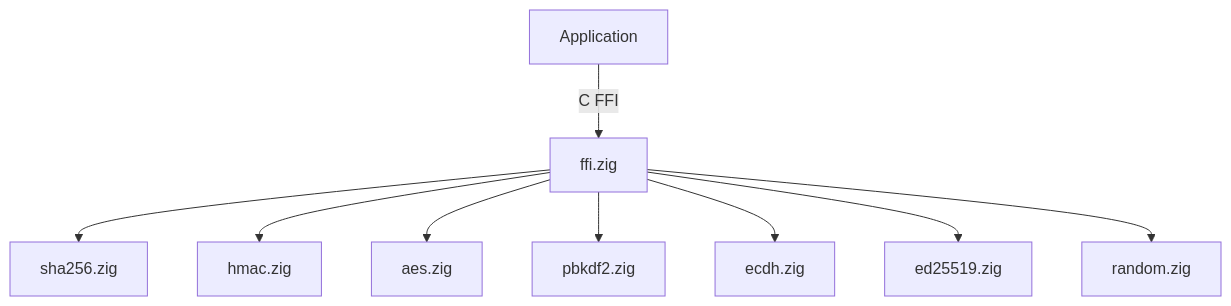
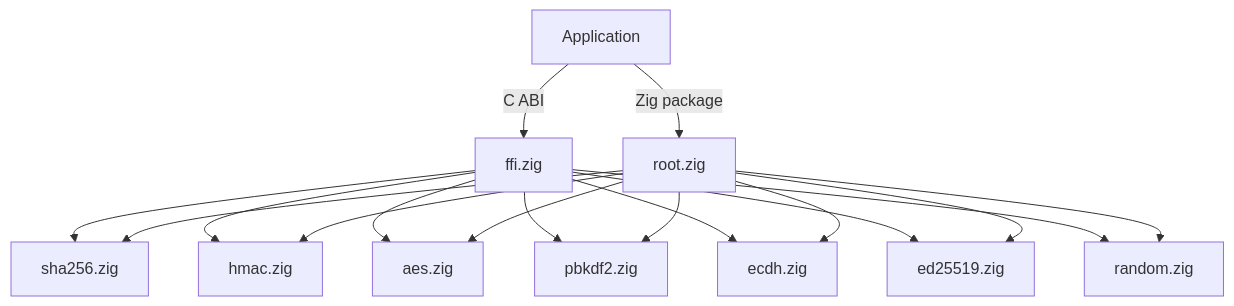
The diagram in docs/index.md (Jesssullivan/zig-crypto), drawn with Mermaid before and after one commit. The commit also changed other lines of this file and 16 other files, not shown here.

Commit message:
Productionize zig-crypto package surface

````diff
--- a/docs/index.md
+++ b/docs/index.md
@@ -31,11 +43,19 @@
 ```mermaid
 graph TD
-    A[Application] -->|C FFI| B[ffi.zig]
+    A[Application] -->|C ABI| B[ffi.zig]
+    A -->|Zig package| R[root.zig]
     B --> C[sha256.zig]
     B --> D[hmac.zig]
     B --> E[aes.zig]
     B --> F[pbkdf2.zig]
     B --> G[ecdh.zig]
     B --> H[ed25519.zig]
     B --> I[random.zig]
+    R --> C
+    R --> D
+    R --> E
+    R --> F
+    R --> G
+    R --> H
+    R --> I
 ```
````
